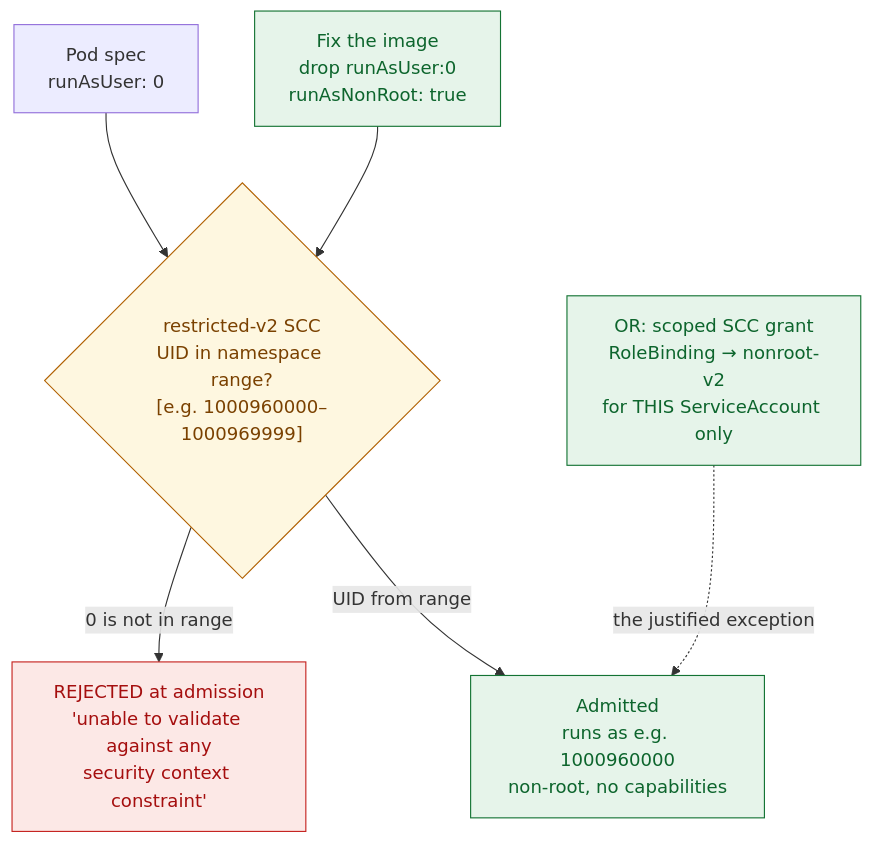
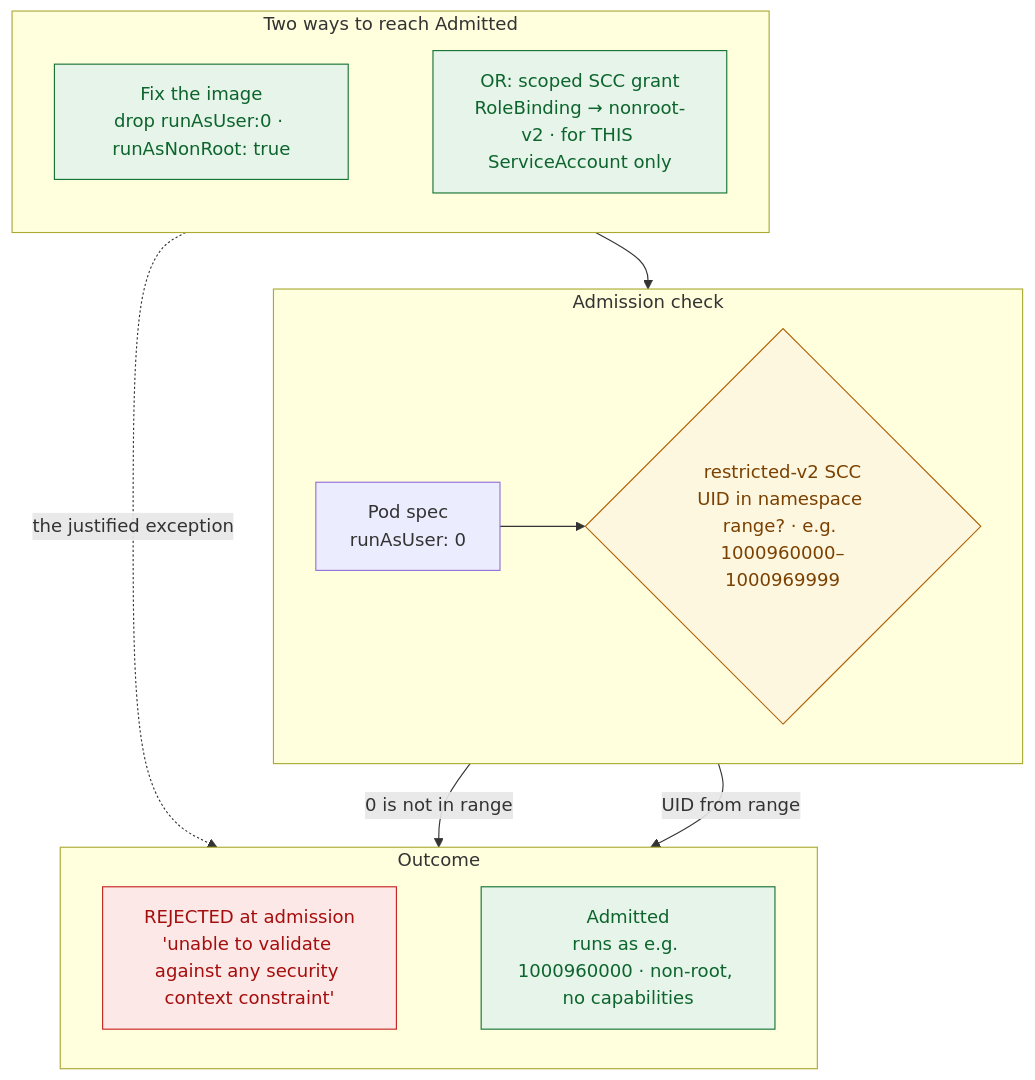
One commit to serhat-dirik/OCP-Getting-Started-Revamped changed the diagram in content/modules/ROOT/examples/diagrams/multi-tenancy-workload-security/02-scc-admission.mmd. Above: the diagram before and after it, drawn with Mermaid. The commit also changed 59 other files, not shown here.

```diff
--- a/content/modules/ROOT/examples/diagrams/multi-tenancy-workload-security/02-scc-admission.mmd
+++ b/content/modules/ROOT/examples/diagrams/multi-tenancy-workload-security/02-scc-admission.mmd
@@ -1,13 +1,34 @@
-graph TB
-  pod["Pod spec<br/>runAsUser: 0"] --> gate{"restricted-v2 SCC<br/>UID in namespace range?<br/>[e.g. 1000960000–1000969999]"}
-  gate -->|"0 is not in range"| rej["REJECTED at admission<br/>'unable to validate against any<br/>security context constraint'"]
-  gate -->|"UID from range"| adm["Admitted<br/>runs as e.g. 1000960000<br/>non-root, no capabilities"]
-  fix["Fix the image<br/>drop runAsUser:0<br/>runAsNonRoot: true"] --> gate
-  scc["OR: scoped SCC grant<br/>RoleBinding → nonroot-v2<br/>for THIS ServiceAccount only"] -.->|"the justified exception"| adm
+%% SCC admission — Multi-Tenancy & Workload Security.
+%% Shows why a Pod demanding runAsUser: 0 is rejected by the restricted-v2 SCC, and the two
+%% honest ways to reach Admitted: fix the image, or a scoped SCC exception for one ServiceAccount.
+%% Resized 2026-08-22: was 680x635, text at 1.32x. Grouped into three `direction LR` rows
+%% (check, outcome, resolve) per the platform-accretion idiom used elsewhere in this module
+%% (see 04-what-you-built.mmd), and trimmed node labels to one `<br/>` each.
+flowchart TB
+  subgraph check["Admission check"]
+    direction LR
+    pod["Pod spec<br/>runAsUser: 0"] --> gate{"restricted-v2 SCC<br/>UID in namespace range? · e.g. 1000960000–1000969999"}
+  end
+  subgraph outcome["Outcome"]
+    direction LR
+    rej["REJECTED at admission<br/>'unable to validate against any security context constraint'"]
+    adm["Admitted<br/>runs as e.g. 1000960000 · non-root, no capabilities"]
+    rej ~~~ adm
+  end
+  subgraph resolve["Two ways to reach Admitted"]
+    direction LR
+    fix["Fix the image<br/>drop runAsUser:0 · runAsNonRoot: true"]
+    scc["OR: scoped SCC grant<br/>RoleBinding → nonroot-v2 · for THIS ServiceAccount only"]
+    fix ~~~ scc
+  end
+  gate -->|"0 is not in range"| rej
+  gate -->|"UID from range"| adm
+  fix --> gate
+  scc -.->|"the justified exception"| adm
   classDef bad fill:#fce8e6,stroke:#c5221f,color:#a50e0e;
   classDef good fill:#e6f4ea,stroke:#137333,color:#0d652d;
   classDef gate fill:#fef7e0,stroke:#b06000,color:#7a4100;
   class rej bad;
   class adm,fix good;
   class gate gate;
   class scc good;
```
